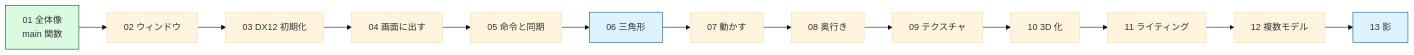
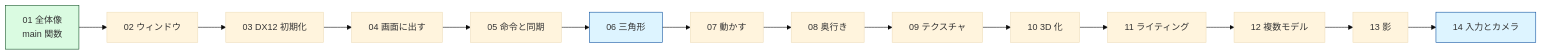
One commit to Tomonorarari-Think/DirectX12Dev changed the diagram in docs/tutorial/README.md. Above: the diagram before and after it, drawn with Mermaid (base theme). The commit also changed other lines of this file and 17 other files, not shown here.

````diff
--- a/docs/tutorial/README.md
+++ b/docs/tutorial/README.md
@@ -37,19 +38,20 @@
 ```mermaid
 flowchart LR
     A["01 全体像<br/>main 関数"] --> B["02 ウィンドウ"]
     B --> C["03 DX12 初期化"]
     C --> D["04 画面に出す"]
     D --> E["05 命令と同期"]
     E --> F["06 三角形"]
     F --> G["07 動かす"]
     G --> H["08 奥行き"]
     H --> I["09 テクスチャ"]
     I --> J["10 3D 化"]
     J --> K["11 ライティング"]
     K --> L["12 複数モデル"]
     L --> M["13 影"]
+    M --> N["14 入力とカメラ"]
 
     style A fill:#dafbe1,stroke:#0d4f21
     style F fill:#ddf4ff,stroke:#0a4f9e
-    style M fill:#ddf4ff,stroke:#0a4f9e
+    style N fill:#ddf4ff,stroke:#0a4f9e
 ```
````
